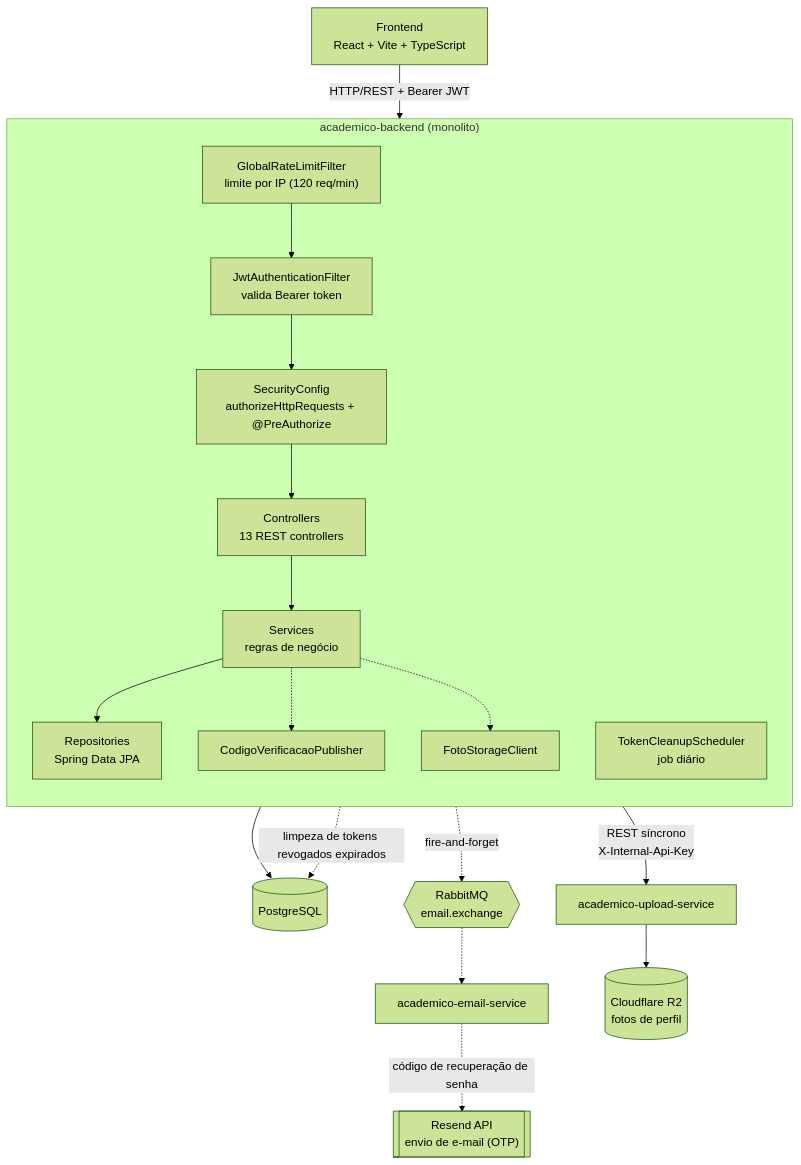
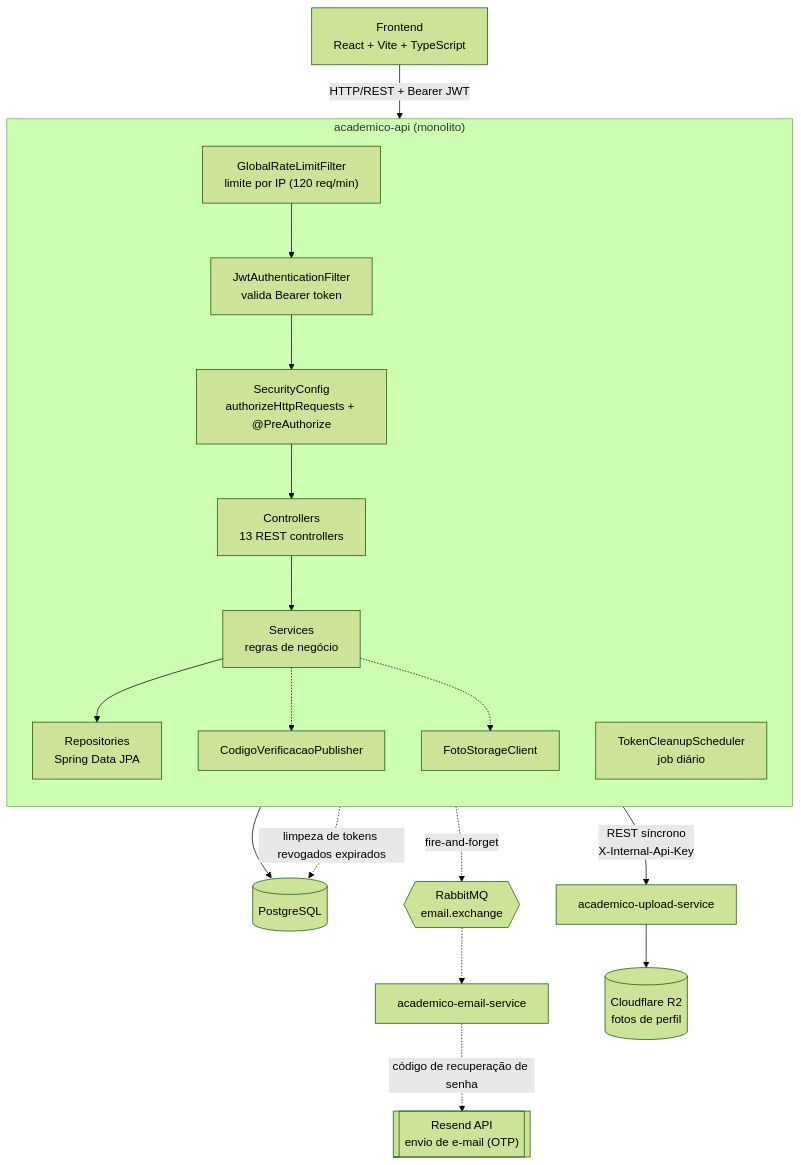
Before and after one commit to AcademicoPlus/Academico-Plus: the third of 3 diagrams in docs/diagramas.md, drawn with Mermaid (forest theme). The commit also changed other lines of this file and 225 other files, not shown here.

First line of the commit message:
refactor: renomeia academico-backend para academico-api

````diff
--- a/docs/diagramas.md
+++ b/docs/diagramas.md
@@ -276,30 +276,30 @@
 ```mermaid
 graph TB
     FE["Frontend<br/>React + Vite + TypeScript"]
 
-    subgraph Backend["academico-backend (monolito)"]
+    subgraph Backend["academico-api (monolito)"]
         direction TB
         RL["GlobalRateLimitFilter<br/>limite por IP (120 req/min)"]
         JWT["JwtAuthenticationFilter<br/>valida Bearer token"]
         SEC["SecurityConfig<br/>authorizeHttpRequests + @PreAuthorize"]
         CTRL["Controllers<br/>13 REST controllers"]
         SRV["Services<br/>regras de negócio"]
         REPO["Repositories<br/>Spring Data JPA"]
         SCHED["TokenCleanupScheduler<br/>job diário"]
         PUB["CodigoVerificacaoPublisher"]
         UPCLIENT["FotoStorageClient"]
     end
 
     DB[("PostgreSQL")]
     MQ{{"RabbitMQ<br/>email.exchange"}}
     EMAILSVC["academico-email-service"]
     UPLOADSVC["academico-upload-service"]
     RESEND[["Resend API<br/>envio de e-mail (OTP)"]]
     R2[("Cloudflare R2<br/>fotos de perfil")]
 
     FE -->|"HTTP/REST + Bearer JWT"| RL --> JWT --> SEC --> CTRL --> SRV --> REPO --> DB
     SRV -.-> PUB -.->|"fire-and-forget"| MQ -.-> EMAILSVC
     EMAILSVC -.->|"código de recuperação de senha"| RESEND
     SRV -.-> UPCLIENT -->|"REST síncrono<br/>X-Internal-Api-Key"| UPLOADSVC --> R2
     SCHED -.->|"limpeza de tokens revogados expirados"| DB
 ```
````
